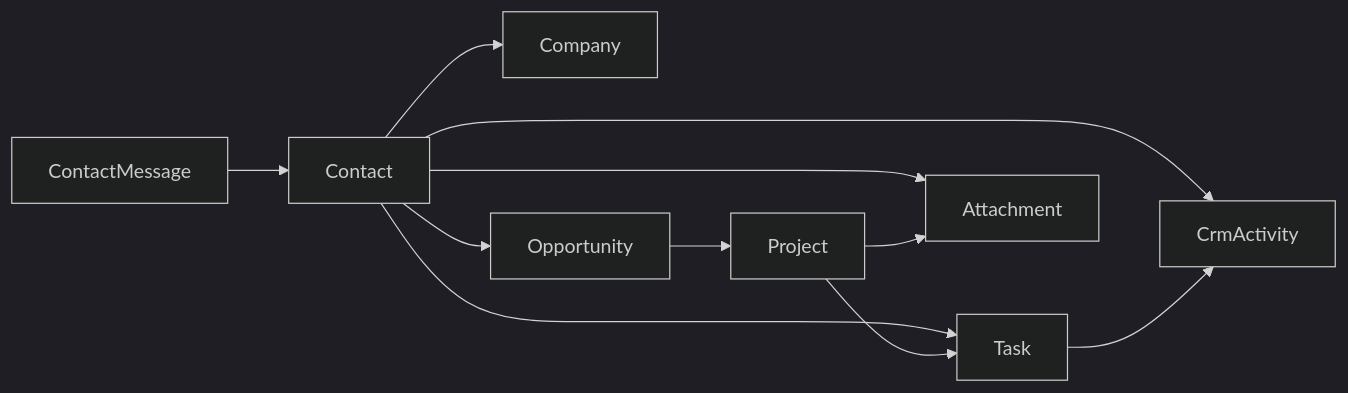
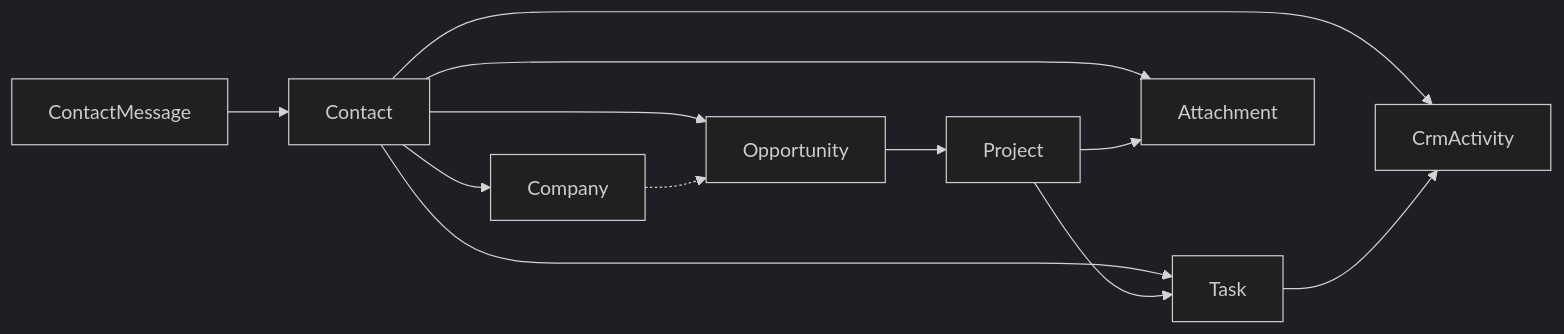
Before and after one commit to JaderGabriel/buriti: the diagram in docs/CRM-CONSOLIDACAO.md, drawn with Mermaid (dark theme). The commit also changed other lines of this file and 53 other files, not shown here.

````diff
--- a/docs/CRM-CONSOLIDACAO.md
+++ b/docs/CRM-CONSOLIDACAO.md
@@ -43,13 +43,14 @@
 ```mermaid
 flowchart LR
   ContactMessage --> Contact
   Contact --> Company
   Contact --> Opportunity
+  Company -.-> Opportunity
   Contact --> CrmActivity
   Contact --> Task
   Opportunity --> Project
   Project --> Task
   Task --> CrmActivity
   Contact --> Attachment
   Project --> Attachment
 ```
````
